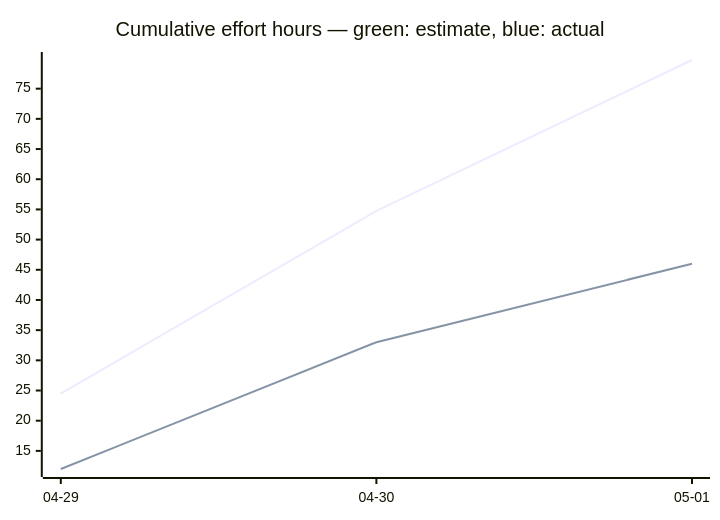
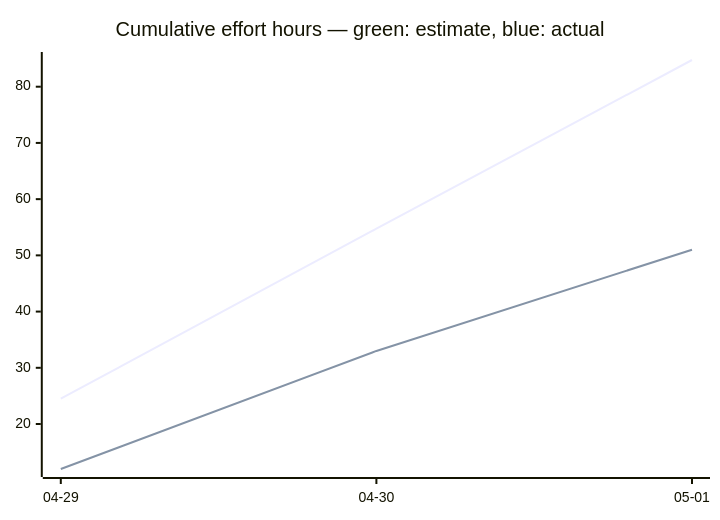
The third of 3 diagrams in docs/developers/tasks/OVERVIEW.md (tgd1975/AwesomeStudioPedal), drawn with Mermaid before and after one commit. The commit also changed other lines of this file and 15 other files, not shown here.

````diff
--- a/docs/developers/tasks/OVERVIEW.md
+++ b/docs/developers/tasks/OVERVIEW.md
@@ -40,7 +40,7 @@
 ```mermaid
 xychart-beta
     title "Cumulative effort hours — green: estimate, blue: actual"
     x-axis ["04-29", "04-30", "05-01"]
-    line [24.5, 54.75, 79.75]
-    line [12, 33, 46]
+    line [24.5, 54.75, 84.75]
+    line [12, 33, 51]
 ```
````
